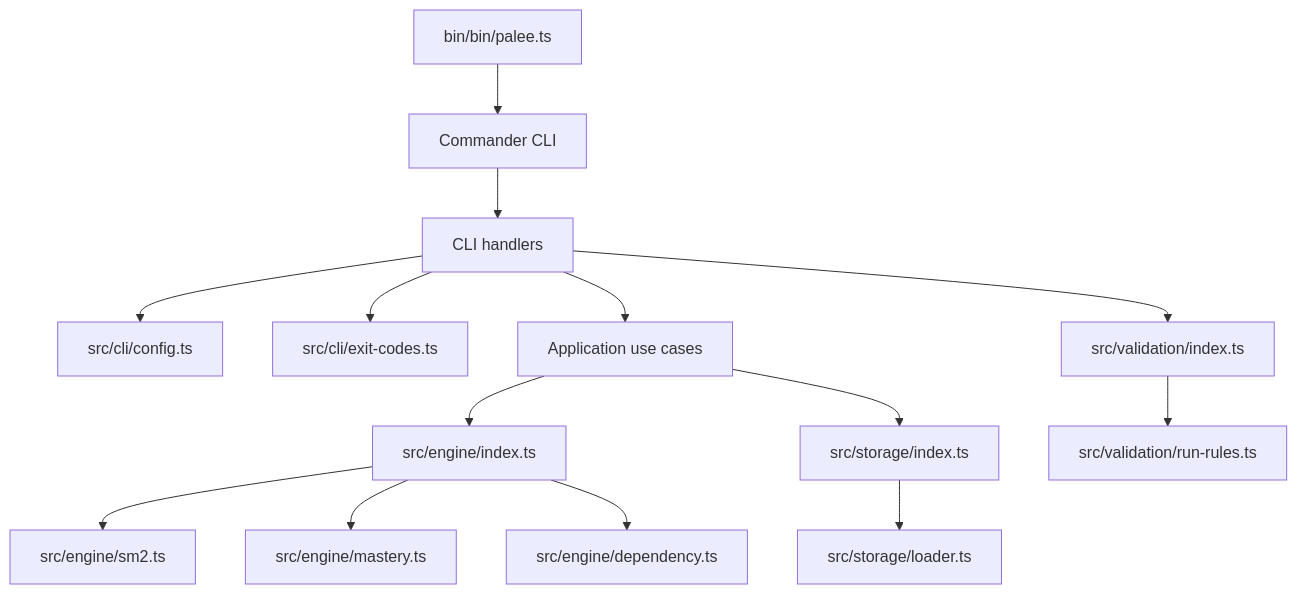
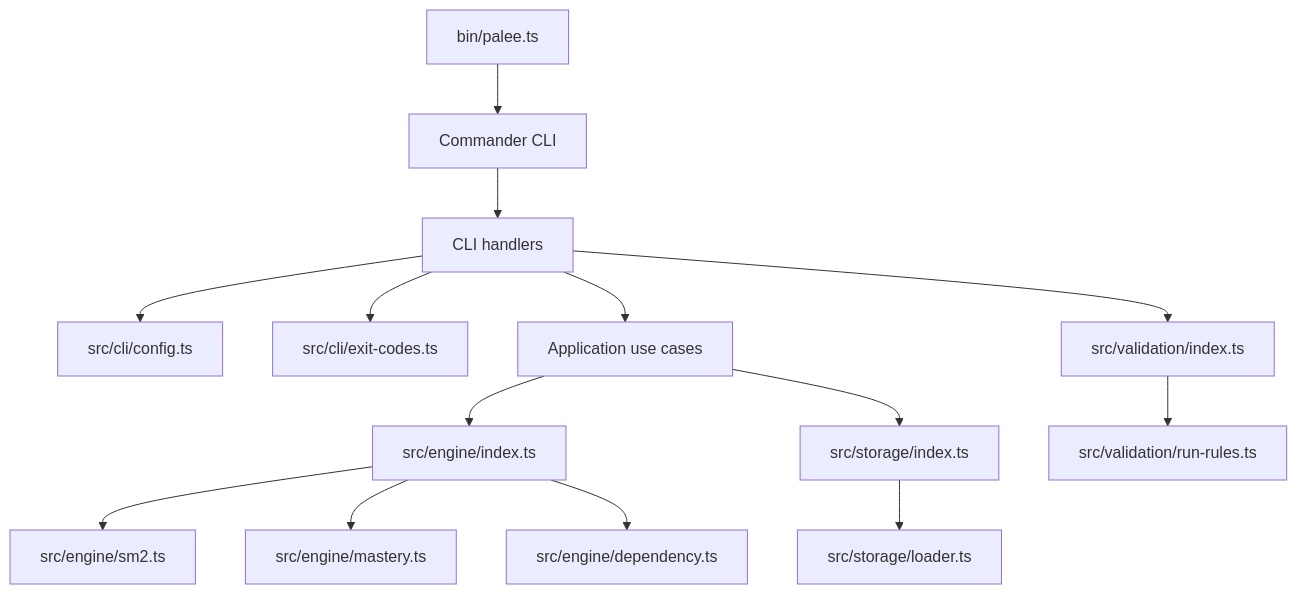
One commit to Kuldeep2822k/palee-architecture changed the tenth of 10 diagrams in Architecture Overview/Layered Architecture Design.md. Above: the diagram before and after it, drawn with Mermaid. The commit also changed other lines of this file and 6 other files, not shown here.

Commit message:
docs: fix Architecture Overview contradictions

````diff
--- a/Architecture Overview/Layered Architecture Design.md
+++ b/Architecture Overview/Layered Architecture Design.md
@@ -428,16 +331,16 @@
 ```mermaid
 graph TD
-    Bin["bin/bin/palee.ts"] --> Commander["Commander CLI"]
+    Bin["bin/palee.ts"] --> Commander["Commander CLI"]
     Commander --> CLIFiles["CLI handlers"]
     CLIFiles --> AppConfig["src/cli/config.ts"]
     CLIFiles --> ExitCodes["src/cli/exit-codes.ts"]
     CLIFiles --> AppUseCases["Application use cases"]
     AppUseCases --> EngineBarrel["src/engine/index.ts"]
     AppUseCases --> StorageBarrel["src/storage/index.ts"]
     EngineBarrel --> Sm2["src/engine/sm2.ts"]
     EngineBarrel --> Mastery["src/engine/mastery.ts"]
     EngineBarrel --> Dependency["src/engine/dependency.ts"]
     StorageBarrel --> Loader["src/storage/loader.ts"]
     CLIFiles --> ValidationBarrel["src/validation/index.ts"]
     ValidationBarrel --> RunRules["src/validation/run-rules.ts"]
 ```
````
